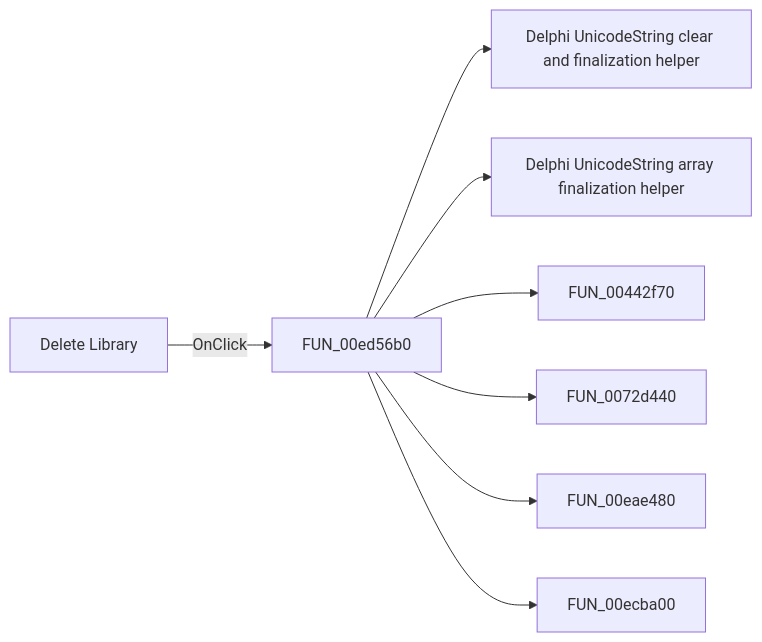
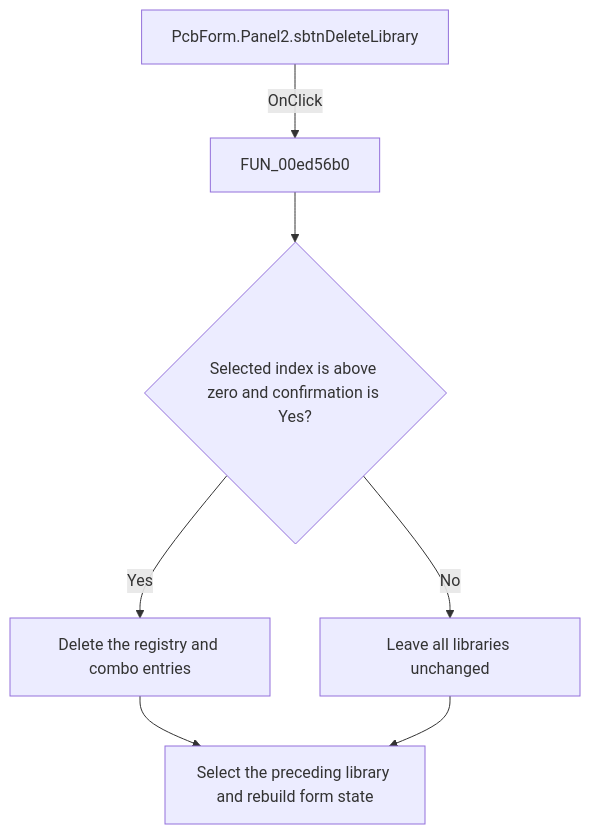
The diagram in docs/ui-controls/pcbform/sbtndeletelibrary-712f9fc095.md (MovGP0/TIARA), drawn with Mermaid before and after one commit. The commit also changed other lines of this file and 1062 other files, not shown here.

````diff
--- a/docs/ui-controls/pcbform/sbtndeletelibrary-712f9fc095.md
+++ b/docs/ui-controls/pcbform/sbtndeletelibrary-712f9fc095.md
@@ -27,10 +30,9 @@
 ```mermaid
-flowchart LR
-    control["Delete Library"] -->|OnClick| handler["FUN_00ed56b0"]
-    handler --> call1["Delphi UnicodeString clear and finalization helper"]
-    handler --> call2["Delphi UnicodeString array finalization helper"]
-    handler --> call3["FUN_00442f70"]
-    handler --> call4["FUN_0072d440"]
-    handler --> call5["FUN_00eae480"]
-    handler --> call6["FUN_00ecba00"]
+flowchart TD
+    control["PcbForm.Panel2.sbtnDeleteLibrary"] -->|OnClick| handler["FUN_00ed56b0"]
+    handler --> decision{"Selected index is above zero and confirmation is Yes?"}
+    decision -->|Yes| action["Delete the registry and combo entries"]
+    decision -->|No| noop["Leave all libraries unchanged"]
+    action --> outcome["Select the preceding library and rebuild form state"]
+    noop --> outcome
 ```
````
